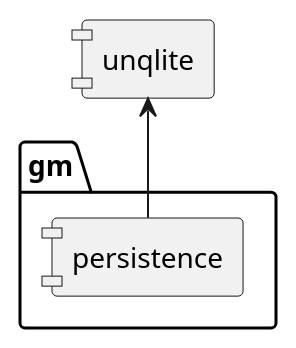
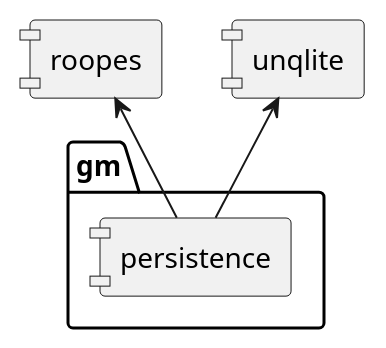
One commit to zwerdlds/GlyphMosaic changed the diagram in documentation/Specification/diagrams/subsystems/persistence/inter.plantuml. Above: the diagram before and after it, drawn with PlantUML. The commit also changed 3 other files, not shown here.

```diff
--- a/documentation/Specification/diagrams/subsystems/persistence/inter.plantuml
+++ b/documentation/Specification/diagrams/subsystems/persistence/inter.plantuml
@@ -1,12 +1,15 @@
 @startuml inter
 skinparam componentStyle uml1
 
 package "gm" {
     component "persistence" as per
 }
 
+component "roopes" as roopes
+
 component "unqlite" as sql
 
 per -u-> sql
+per -u-> roopes
 
 @enduml
```
